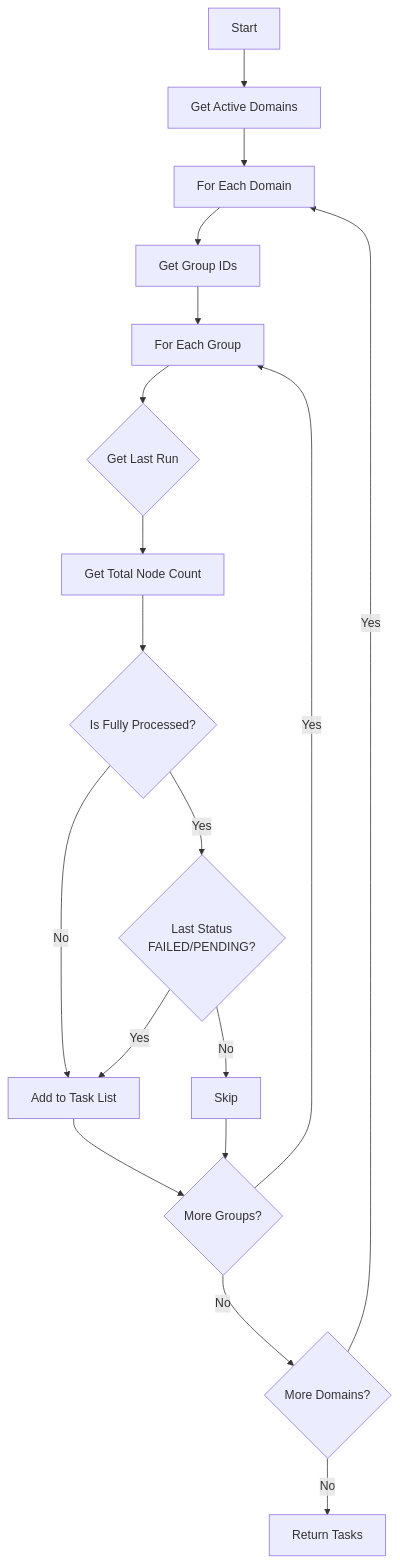
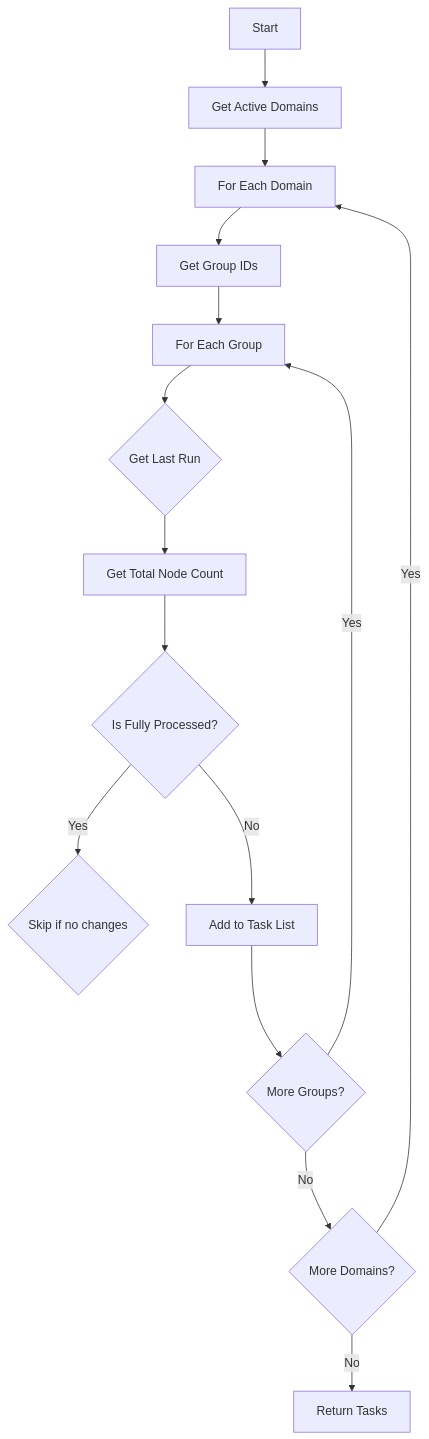
One commit to kagit00/schedule_x changed the fifth of 20 diagrams in docs/Low Level Designs/ScheduledPerfectMatchesCreation.md. Above: the diagram before and after it, drawn with Mermaid. The commit also changed other lines of this file and 7 other files, not shown here.

````diff
--- a/docs/Low Level Designs/ScheduledPerfectMatchesCreation.md
+++ b/docs/Low Level Designs/ScheduledPerfectMatchesCreation.md
@@ -216,20 +209,17 @@
 ```mermaid
 flowchart TD
     A[Start] --> B[Get Active Domains]
     B --> C[For Each Domain]
     C --> D[Get Group IDs]
     D --> E[For Each Group]
     E --> F{Get Last Run}
     F --> G[Get Total Node Count]
     G --> H{Is Fully Processed?}
-    H -->|Yes| I{Last Status<br/>FAILED/PENDING?}
+    H -->|Yes| I{Skip if no changes}
     H -->|No| J[Add to Task List]
-    I -->|Yes| J
-    I -->|No| K[Skip]
     J --> L{More Groups?}
-    K --> L
     L -->|Yes| E
     L -->|No| M{More Domains?}
     M -->|Yes| C
     M -->|No| N[Return Tasks]
 ```
````
